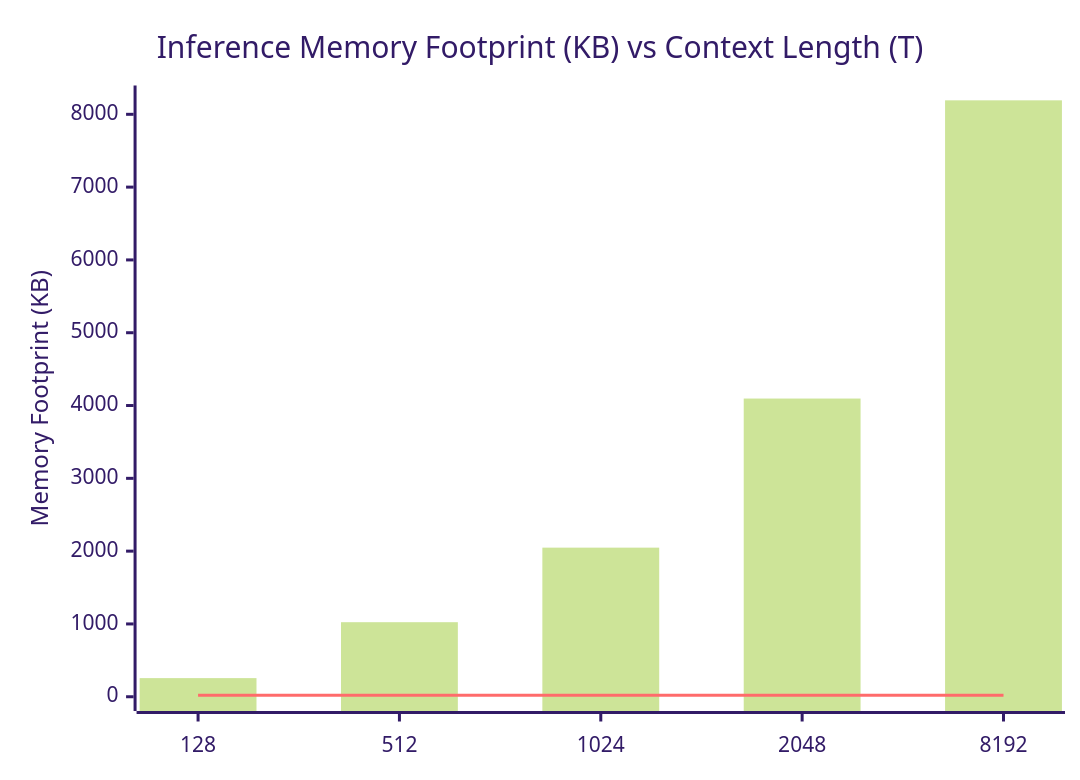
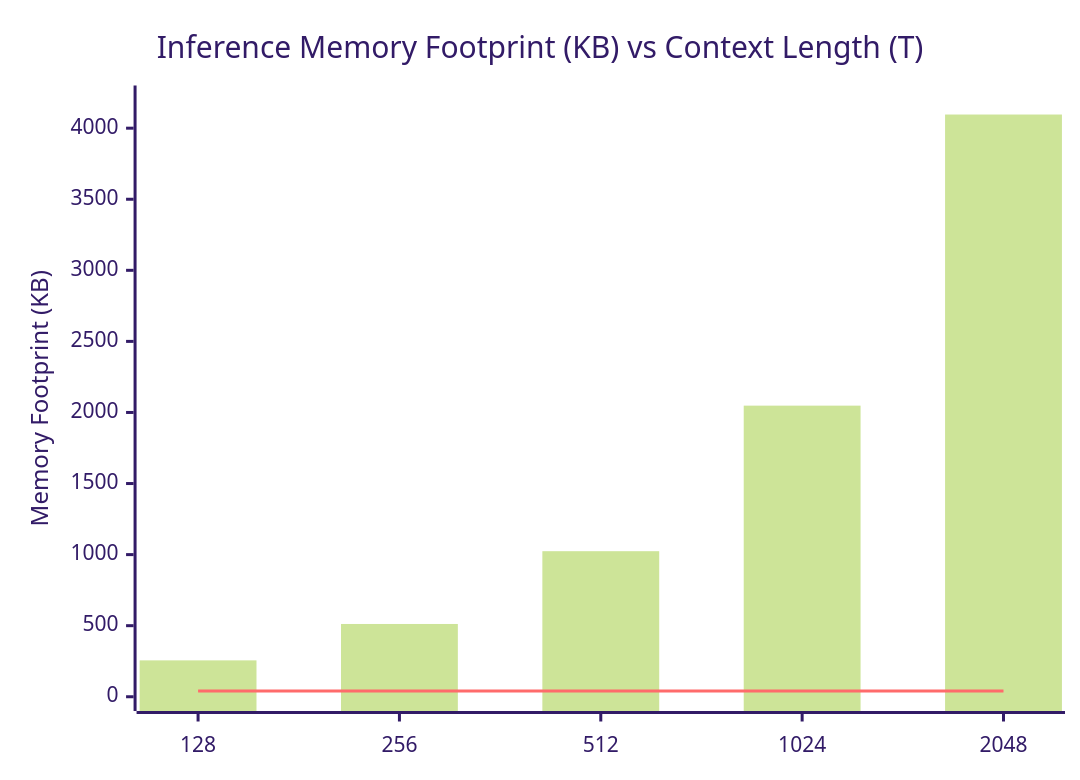
The second of 2 diagrams in README.md (gokselozgur5/parallax-core), drawn with Mermaid (forest theme) before and after one commit. The commit also changed other lines of this file and 1 other file, not shown here.

````diff
--- a/README.md
+++ b/README.md
@@ -71,8 +71,8 @@
 ```mermaid
 xychart-beta
     title "Inference Memory Footprint (KB) vs Context Length (T)"
-    x-axis ["128", "512", "1024", "2048", "8192"]
-    y-axis "Memory Footprint (KB)" 0 --> 8200
-    bar [256, 1024, 2048, 4096, 8192]
-    line [19, 19, 19, 19, 19]
+    x-axis ["128", "256", "512", "1024", "2048"]
+    y-axis "Memory Footprint (KB)" 0 --> 4200
+    bar [256, 512, 1024, 2048, 4096]
+    line [40, 40, 40, 40, 40]
 ```
````
